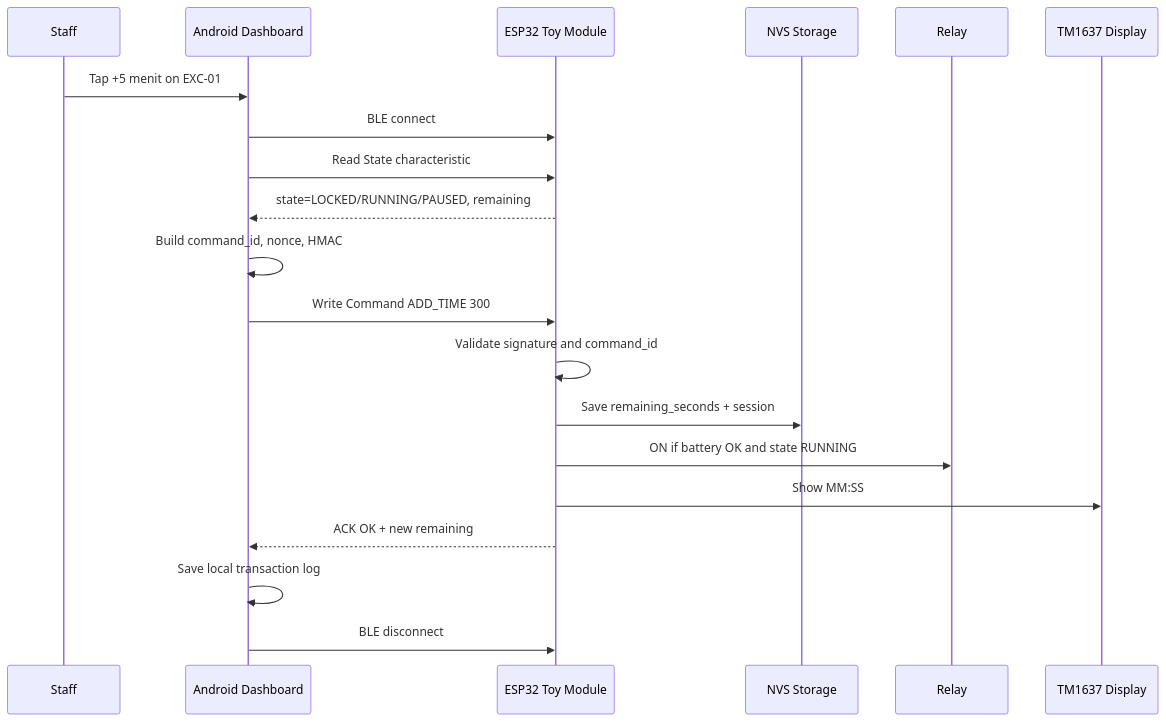
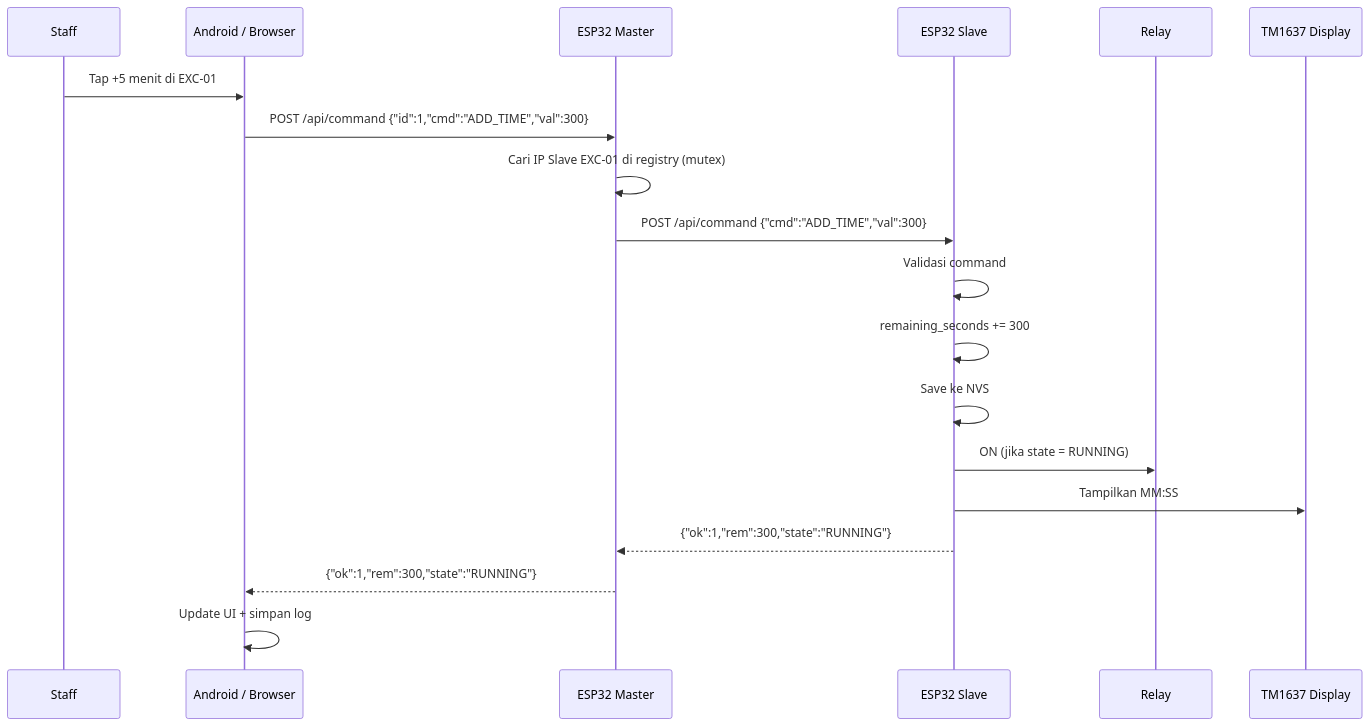
One commit to trefeon/excavator-rental-timer changed the fourth of 7 diagrams in docs/MERMAID_DIAGRAMS.md. Above: the diagram before and after it, drawn with Mermaid. The commit also changed other lines of this file and 12 other files, not shown here.

Commit message:
feat: migrate from BLE direct to Wi-Fi Master-Slave architecture for excavator rental timer module

````diff
--- a/docs/MERMAID_DIAGRAMS.md
+++ b/docs/MERMAID_DIAGRAMS.md
@@ -108,23 +115,22 @@
 ```mermaid
 sequenceDiagram
   participant Staff
-  participant App as Android Dashboard
-  participant ESP as ESP32 Toy Module
-  participant Store as NVS Storage
+  participant App as Android / Browser
+  participant Master as ESP32 Master
+  participant Slave as ESP32 Slave
   participant Relay
   participant Display as TM1637 Display
 
-  Staff->>App: Tap +5 menit on EXC-01
-  App->>ESP: BLE connect
-  App->>ESP: Read State characteristic
-  ESP-->>App: state=LOCKED/RUNNING/PAUSED, remaining
-  App->>App: Build command_id, nonce, HMAC
-  App->>ESP: Write Command ADD_TIME 300
-  ESP->>ESP: Validate signature and command_id
-  ESP->>Store: Save remaining_seconds + session
-  ESP->>Relay: ON if battery OK and state RUNNING
-  ESP->>Display: Show MM:SS
-  ESP-->>App: ACK OK + new remaining
-  App->>App: Save local transaction log
-  App->>ESP: BLE disconnect
+  Staff->>App: Tap +5 menit di EXC-01
+  App->>Master: POST /api/command {"id":1,"cmd":"ADD_TIME","val":300}
+  Master->>Master: Cari IP Slave EXC-01 di registry (mutex)
+  Master->>Slave: POST /api/command {"cmd":"ADD_TIME","val":300}
+  Slave->>Slave: Validasi command
+  Slave->>Slave: remaining_seconds += 300
+  Slave->>Slave: Save ke NVS
+  Slave->>Relay: ON (jika state = RUNNING)
+  Slave->>Display: Tampilkan MM:SS
+  Slave-->>Master: {"ok":1,"rem":300,"state":"RUNNING"}
+  Master-->>App: {"ok":1,"rem":300,"state":"RUNNING"}
+  App->>App: Update UI + simpan log
 ```
````
